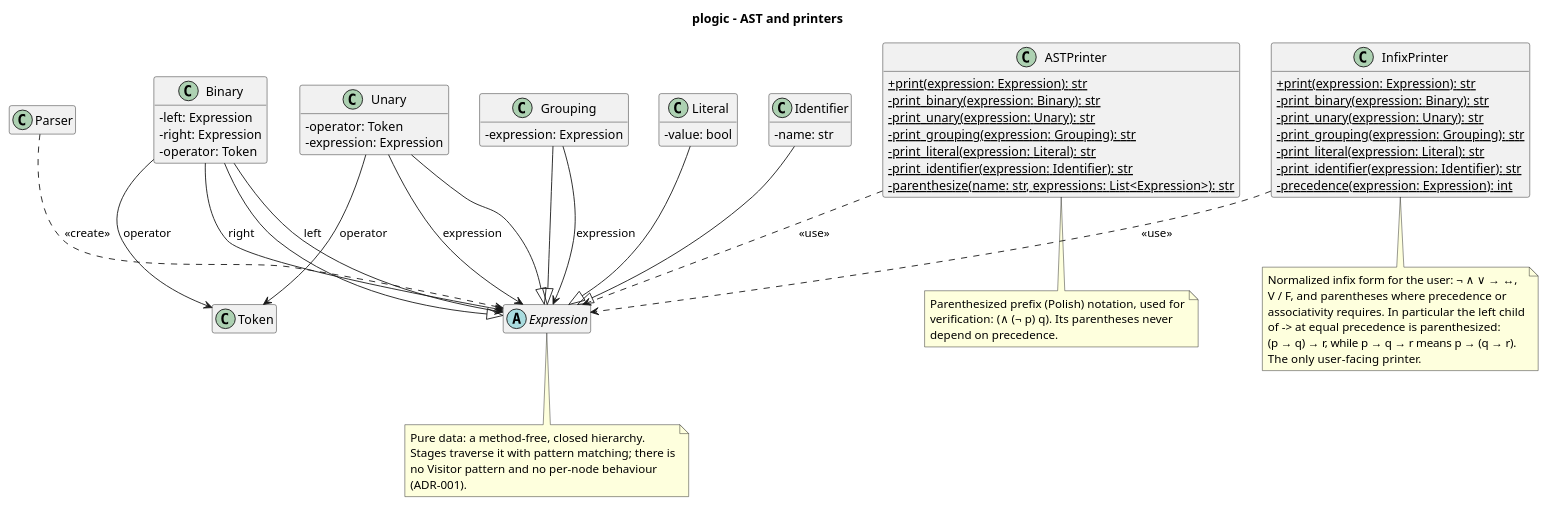
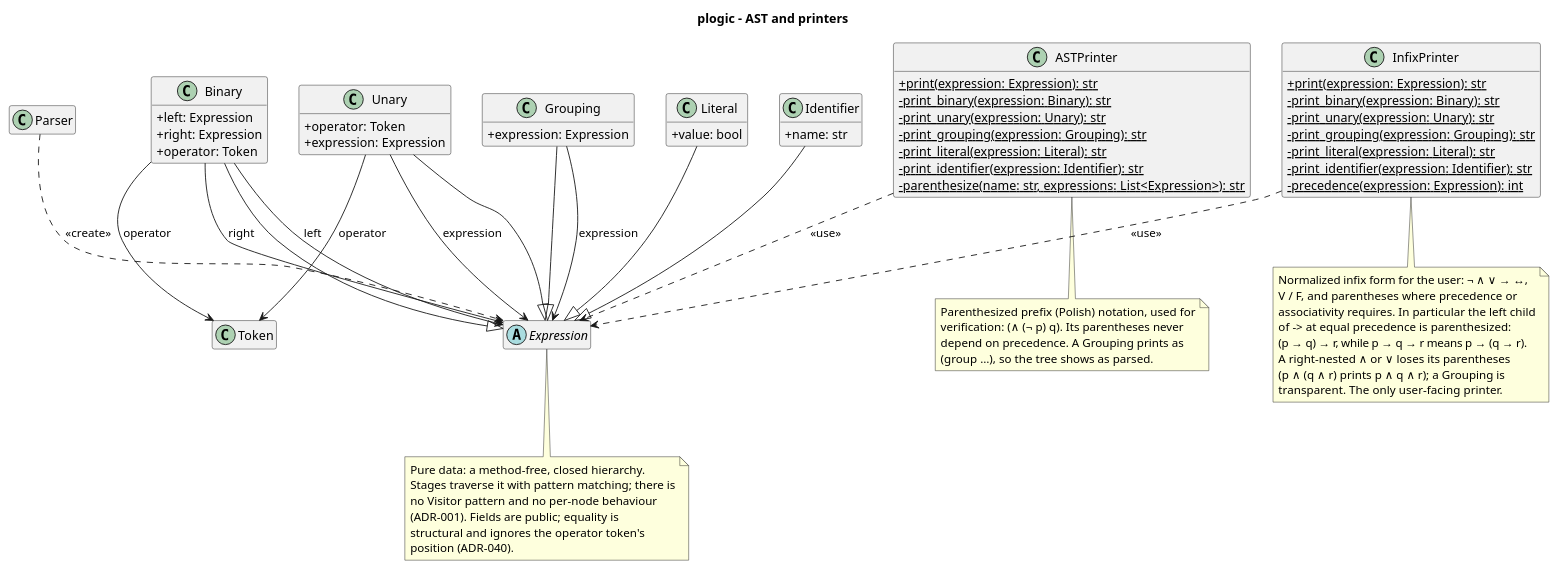
The diagram in design/diagrams/expression_class.puml (Josgtg/plogic), drawn with PlantUML before and after one commit. The commit also changed 3 other files, not shown here.

Commit message:
design: document the AST, its equality and the printer rules

```diff
--- a/design/diagrams/expression_class.puml
+++ b/design/diagrams/expression_class.puml
@@ -1,96 +1,101 @@
 @startuml expression_class
 title plogic - AST and printers
 
 skinparam classAttributeIconSize 0
 hide empty members
 
 class Parser
 
 class Token
 
 abstract class Expression
 
 note bottom of Expression
   Pure data: a method-free, closed hierarchy.
   Stages traverse it with pattern matching; there is
   no Visitor pattern and no per-node behaviour
-  (ADR-001).
+  (ADR-001). Fields are public; equality is
+  structural and ignores the operator token's
+  position (ADR-040).
 end note
 
 class Binary {
-  -left: Expression
-  -right: Expression
-  -operator: Token
+  +left: Expression
+  +right: Expression
+  +operator: Token
 }
 
 class Unary {
-  -operator: Token
-  -expression: Expression
+  +operator: Token
+  +expression: Expression
 }
 
 class Grouping {
-  -expression: Expression
+  +expression: Expression
 }
 
 class Literal {
-  -value: bool
+  +value: bool
 }
 
 class Identifier {
-  -name: str
+  +name: str
 }
 
 class ASTPrinter {
   +{static} print(expression: Expression): str
   -{static} print_binary(expression: Binary): str
   -{static} print_unary(expression: Unary): str
   -{static} print_grouping(expression: Grouping): str
   -{static} print_literal(expression: Literal): str
   -{static} print_identifier(expression: Identifier): str
   -{static} parenthesize(name: str, expressions: List<Expression>): str
 }
 
 class InfixPrinter {
   +{static} print(expression: Expression): str
   -{static} print_binary(expression: Binary): str
   -{static} print_unary(expression: Unary): str
   -{static} print_grouping(expression: Grouping): str
   -{static} print_literal(expression: Literal): str
   -{static} print_identifier(expression: Identifier): str
   -{static} precedence(expression: Expression): int
 }
 
 note bottom of ASTPrinter
   Parenthesized prefix (Polish) notation, used for
   verification: (∧ (¬ p) q). Its parentheses never
-  depend on precedence.
+  depend on precedence. A Grouping prints as
+  (group …), so the tree shows as parsed.
 end note
 
 note bottom of InfixPrinter
   Normalized infix form for the user: ¬ ∧ ∨ → ↔,
   V / F, and parentheses where precedence or
   associativity requires. In particular the left child
   of -> at equal precedence is parenthesized:
   (p → q) → r, while p → q → r means p → (q → r).
-  The only user-facing printer.
+  A right-nested ∧ or ∨ loses its parentheses
+  (p ∧ (q ∧ r) prints p ∧ q ∧ r); a Grouping is
+  transparent. The only user-facing printer.
 end note
 
 Parser ..> Expression : <<create>>
 
 Binary --|> Expression
 Unary --|> Expression
 Grouping --|> Expression
 Literal --|> Expression
 Identifier --|> Expression
 
 Binary --> Expression : left
 Binary --> Expression : right
 Binary --> Token : operator
 Unary --> Expression : expression
 Unary --> Token : operator
 Grouping --> Expression : expression
 
 ASTPrinter ..> Expression : <<use>>
 InfixPrinter ..> Expression : <<use>>
 
 @enduml
```
